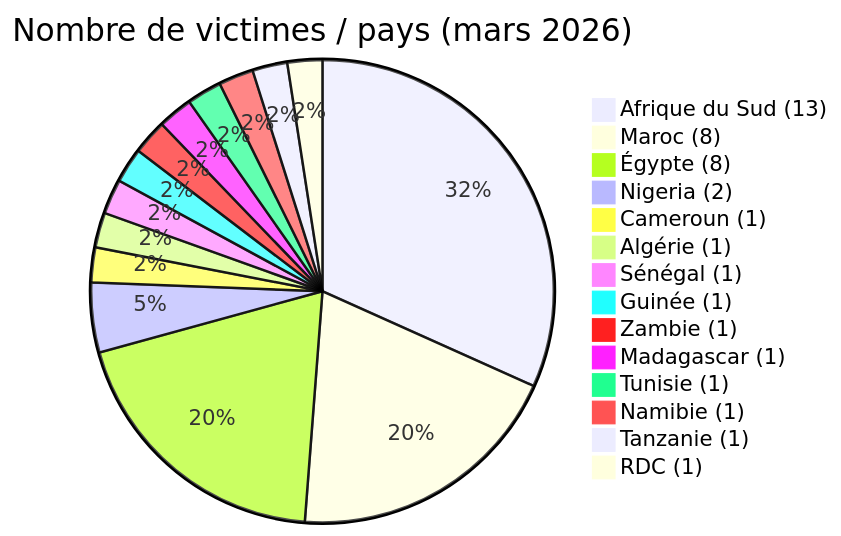
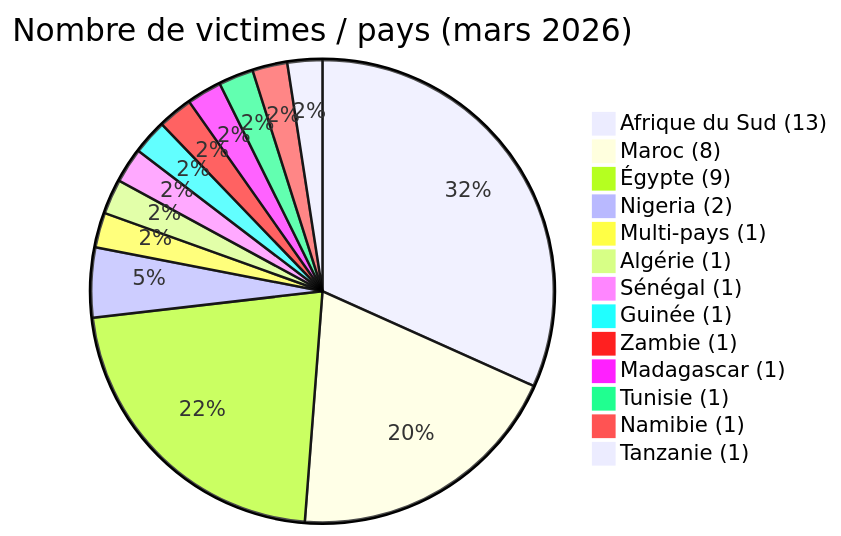
Before and after one commit to Hatchepsoute/AFRINTEL: the first of 5 diagrams in CyberAttackAfrica/2026/03-march/README_FR.md, drawn with Mermaid. The commit also changed other lines of this file and 255 other files, not shown here.

````diff
--- a/CyberAttackAfrica/2026/03-march/README_FR.md
+++ b/CyberAttackAfrica/2026/03-march/README_FR.md
@@ -61,18 +60,17 @@
 ```mermaid
 pie
  title Nombre de victimes / pays (mars 2026)
  "Afrique du Sud (13)" : 13
  "Maroc (8)" : 8
- "Égypte (8)" : 8
+ "Égypte (9)" : 9
  "Nigeria (2)" : 2
- "Cameroun (1)" : 1
+ "Multi-pays (1)" : 1
  "Algérie (1)" : 1
  "Sénégal (1)" : 1
  "Guinée (1)" : 1
  "Zambie (1)" : 1
  "Madagascar (1)" : 1
  "Tunisie (1)" : 1
  "Namibie (1)" : 1
  "Tanzanie (1)" : 1
- "RDC (1)" : 1
 ```
````
